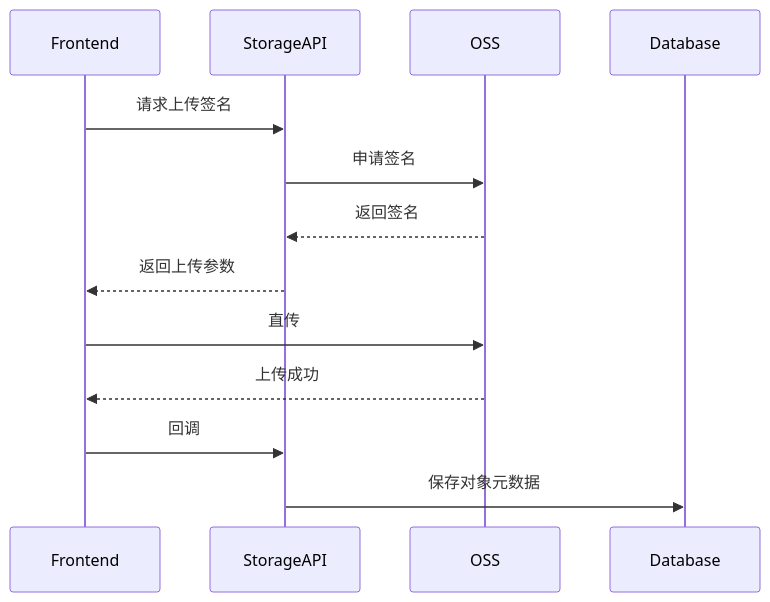
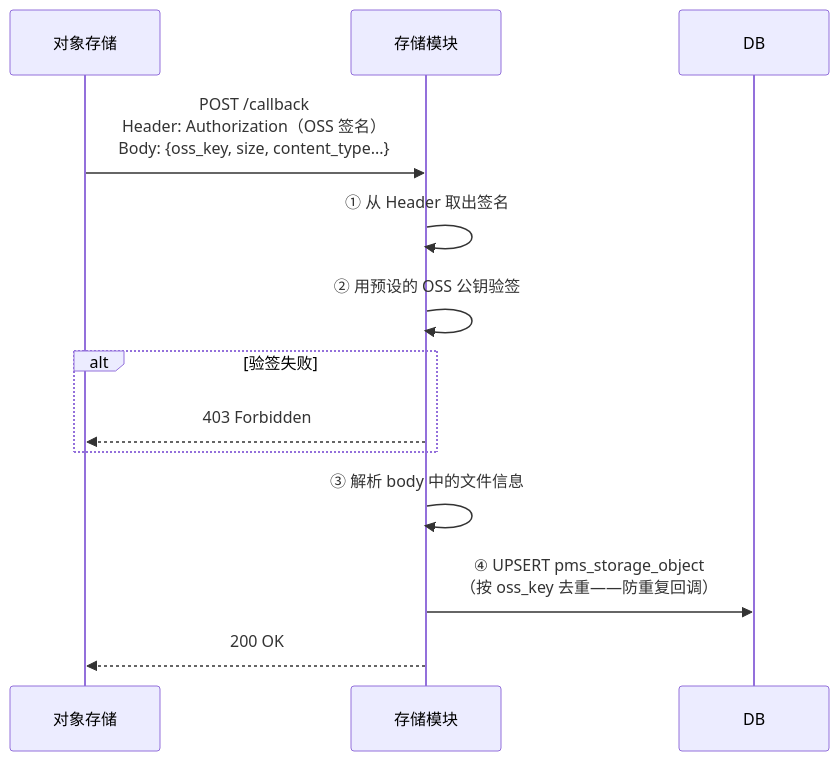
The sixth of 6 diagrams in docs/[07]存储模块/README.md (fairyspace/x-media), drawn with Mermaid before and after one commit. The commit also changed other lines of this file, not shown here.

````diff
--- a/docs/[07]存储模块/README.md
+++ b/docs/[07]存储模块/README.md
@@ -44,16 +464,17 @@
 ```mermaid
 sequenceDiagram
-    participant Frontend
-    participant StorageAPI
-    participant OSS
-    participant Database
+    participant OSS as 对象存储
+    participant API as 存储模块
 
-    Frontend->>StorageAPI: 请求上传签名
-    StorageAPI->>OSS: 申请签名
-    OSS-->>StorageAPI: 返回签名
-    StorageAPI-->>Frontend: 返回上传参数
-    Frontend->>OSS: 直传
-    OSS-->>Frontend: 上传成功
-    Frontend->>StorageAPI: 回调
-    StorageAPI->>Database: 保存对象元数据
+    OSS->>API: POST /callback<br/>Header: Authorization（OSS 签名）<br/>Body: {oss_key, size, content_type...}
+
+    API->>API: ① 从 Header 取出签名
+    API->>API: ② 用预设的 OSS 公钥验签
+    alt 验签失败
+        API-->>OSS: 403 Forbidden
+    end
+
+    API->>API: ③ 解析 body 中的文件信息
+    API->>DB: ④ UPSERT pms_storage_object<br/>（按 oss_key 去重——防重复回调）
+    API-->>OSS: 200 OK
 ```
````
